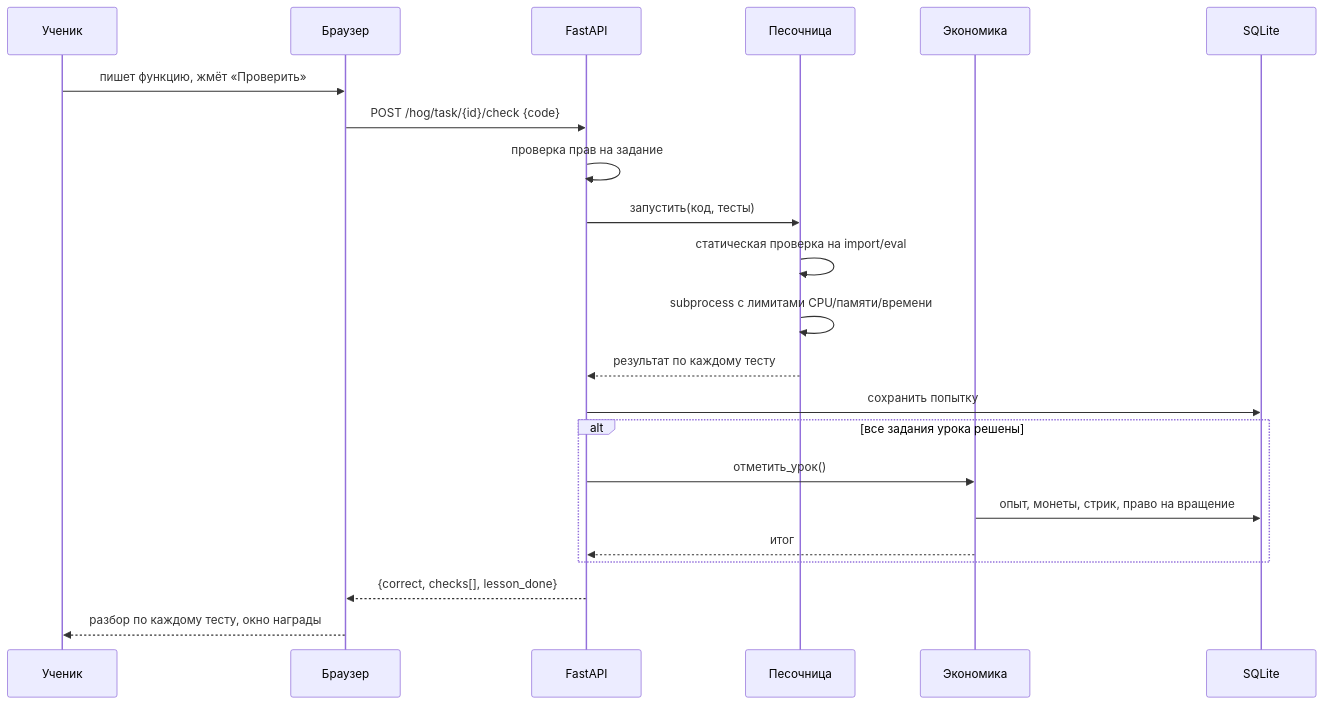
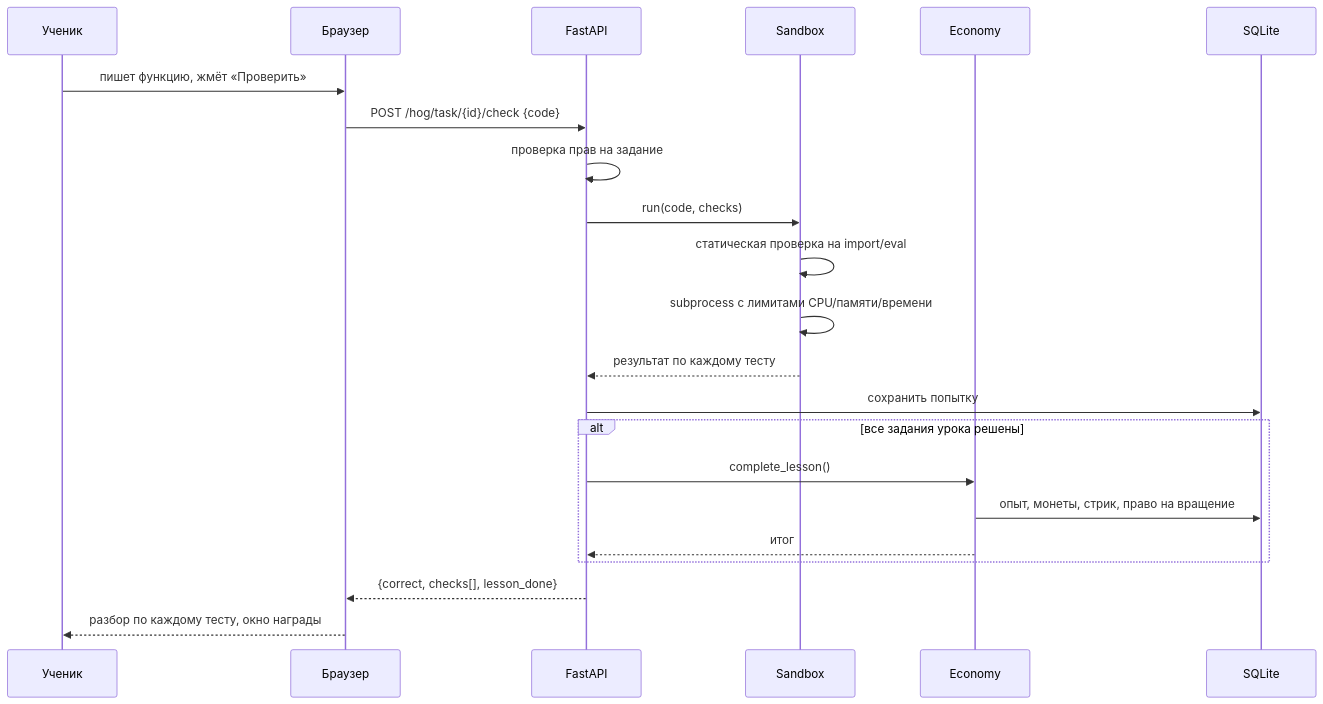
One commit to impaermax/codehog changed the third of 3 diagrams in docs/03-архитектура.md. Above: the diagram before and after it, drawn with Mermaid. The commit also changed other lines of this file and 71 other files, not shown here.

````diff
--- a/docs/03-архитектура.md
+++ b/docs/03-архитектура.md
@@ -108,25 +108,25 @@
 ```mermaid
 sequenceDiagram
     participant У as Ученик
     participant Ф as Браузер
     participant A as FastAPI
-    participant П as Песочница
-    participant Э as Экономика
+    participant П as Sandbox
+    participant Э as Economy
     participant БД as SQLite
 
     У->>Ф: пишет функцию, жмёт «Проверить»
     Ф->>A: POST /hog/task/{id}/check {code}
     A->>A: проверка прав на задание
-    A->>П: запустить(код, тесты)
+    A->>П: run(code, checks)
     П->>П: статическая проверка на import/eval
     П->>П: subprocess с лимитами CPU/памяти/времени
     П-->>A: результат по каждому тесту
     A->>БД: сохранить попытку
     alt все задания урока решены
-        A->>Э: отметить_урок()
+        A->>Э: complete_lesson()
         Э->>БД: опыт, монеты, стрик, право на вращение
         Э-->>A: итог
     end
     A-->>Ф: {correct, checks[], lesson_done}
     Ф-->>У: разбор по каждому тесту, окно награды
 ```
````
